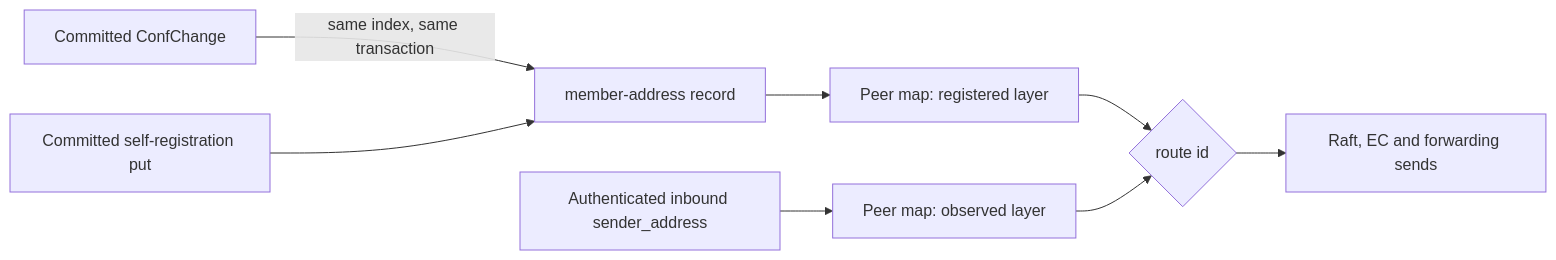
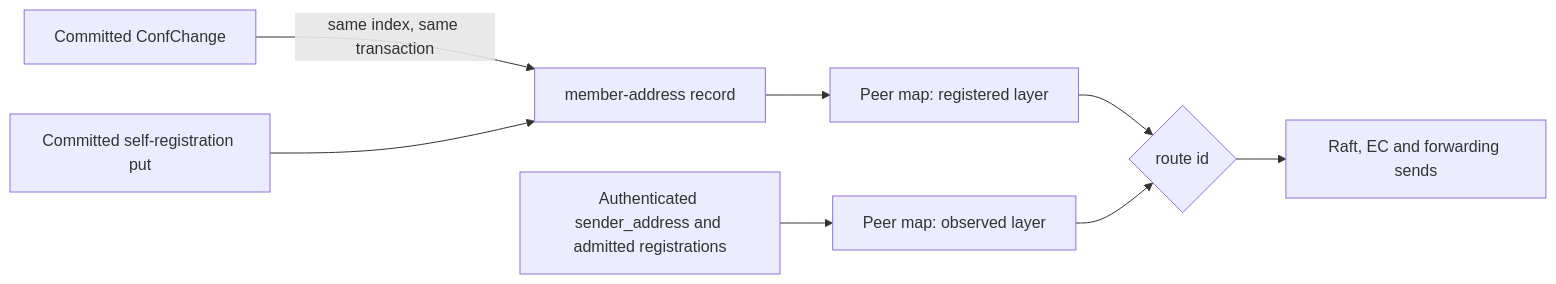
Before and after one commit to nexi-lab/nexus-vfs: the diagram in docs/member-address.md, drawn with Mermaid.

Commit message:
docs: member-address diagram names both observation sources

````diff
--- a/docs/member-address.md
+++ b/docs/member-address.md
@@ -9,10 +9,10 @@
 ```mermaid
 flowchart LR
     Change[Committed ConfChange] -->|same index, same transaction| Record[member-address record]
     Register[Committed self-registration put] --> Record
     Record --> Registered[Peer map: registered layer]
-    Inbound[Authenticated inbound sender_address] --> Observed[Peer map: observed layer]
+    Inbound[Authenticated sender_address and admitted registrations] --> Observed[Peer map: observed layer]
     Registered --> Route{route id}
     Observed --> Route
     Route --> Send[Raft, EC and forwarding sends]
 ```
````
